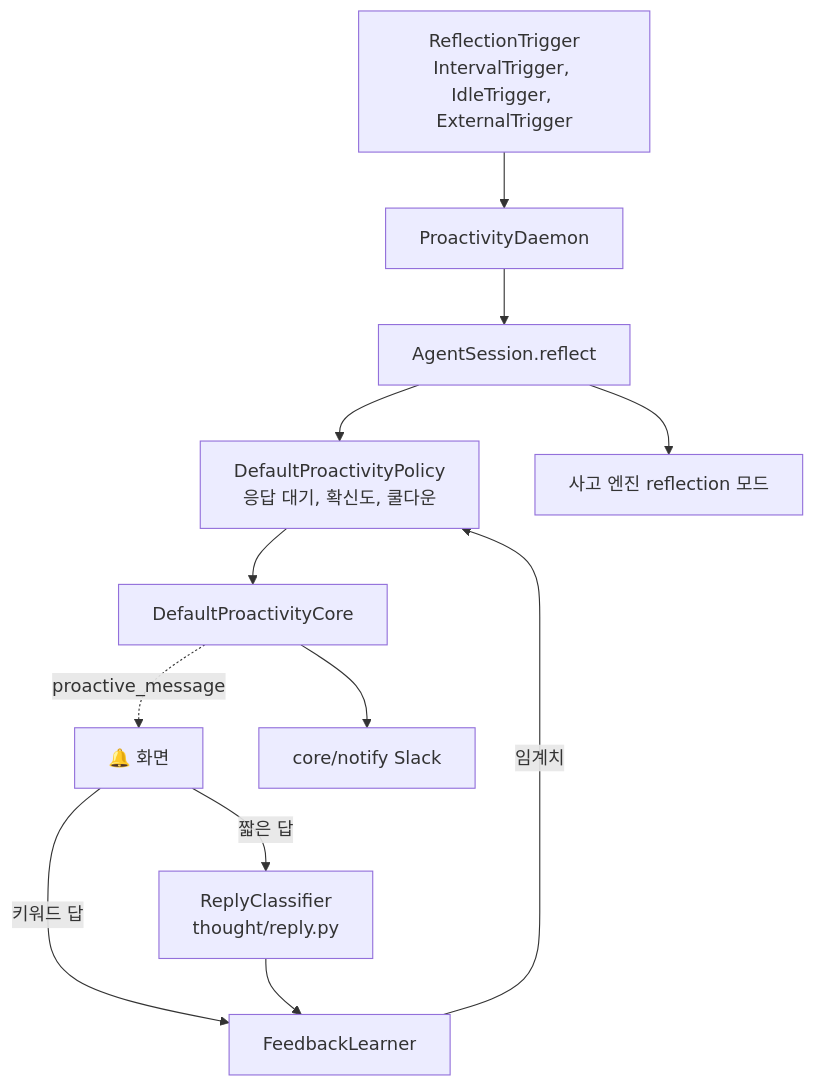
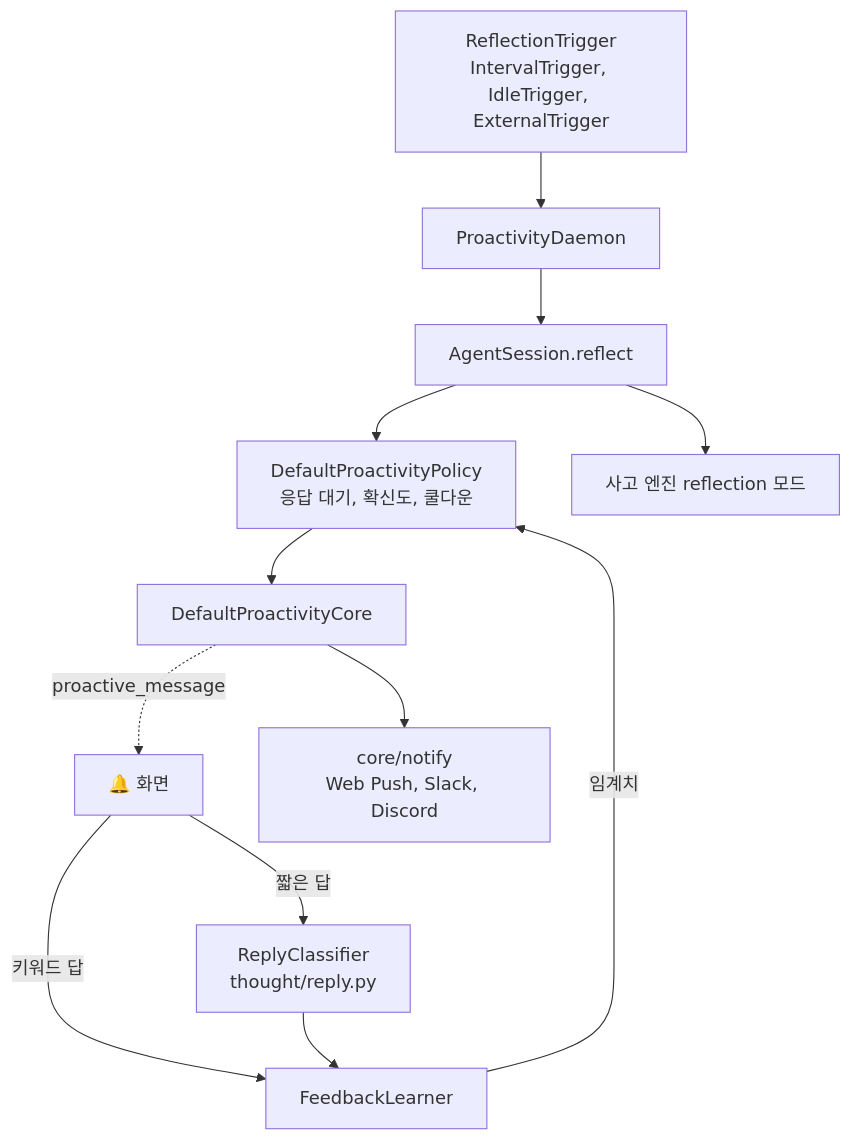
The fourth of 4 diagrams in website/docs/concepts/architecture/proactive.md (ash-hun/jarvis-agent), drawn with Mermaid before and after one commit. The commit also changed other lines of this file and 10 other files, not shown here.

Commit message:
Docs: 이번 주 변경(개성, KAREN gpt-4o 와 관심 지역, 추천 1순위, 영어 음성, 되묻기, Web Push 제목, 🔔 되풀이 막기, 세션 마무리 대기)을 문서에 맞춘다 (#155)

````diff
--- a/website/docs/concepts/architecture/proactive.md
+++ b/website/docs/concepts/architecture/proactive.md
@@ -201,14 +209,14 @@
 ```mermaid
 flowchart TD
   TRG[ReflectionTrigger<br/>IntervalTrigger, IdleTrigger, ExternalTrigger] --> DMN[ProactivityDaemon]
   DMN --> SES[AgentSession.reflect]
   SES --> POL[DefaultProactivityPolicy<br/>응답 대기, 확신도, 쿨다운]
   SES --> ENG[사고 엔진 reflection 모드]
   POL --> CORE[DefaultProactivityCore]
   CORE -. proactive_message .-> HUD[🔔 화면]
-  CORE --> NTF[core/notify Slack]
+  CORE --> NTF[core/notify<br/>Web Push, Slack, Discord]
   HUD -->|짧은 답| RC[ReplyClassifier<br/>thought/reply.py]
   HUD -->|키워드 답| FB[FeedbackLearner]
   RC --> FB
   FB -->|임계치| POL
 ```
````
